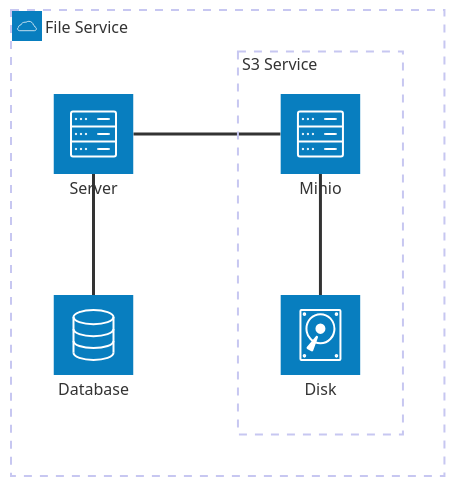
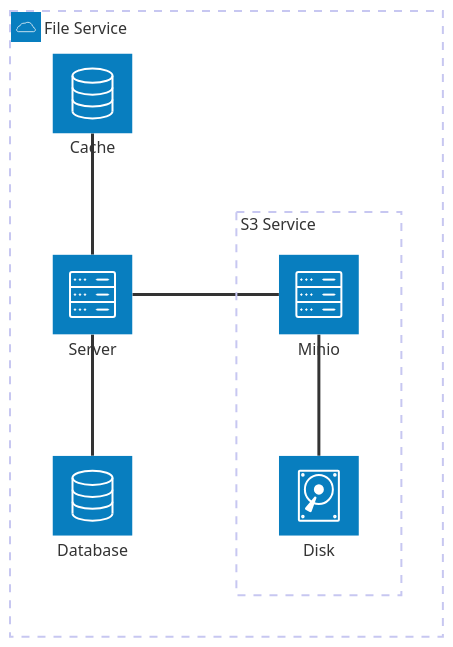
The first of 11 diagrams in README.md (niuiic/file-service), drawn with Mermaid before and after one commit. The commit also changed other lines of this file, not shown here.

````diff
--- a/README.md
+++ b/README.md
@@ -23,17 +43,19 @@
 ```mermaid
 architecture-beta
     %% file_service
     group file_service(cloud)[File Service]
     service server(server)[Server] in file_service
     service database(database)[Database] in file_service
+    service cache(database)[Cache] in file_service
 
     server:B -- T:database
+    server:T -- B:cache
     server:R -- L:minio
 
     %% s3_service
     group s3_service[S3 Service] in file_service
     service minio(server)[Minio] in s3_service
     service disk(disk)[Disk] in s3_service
 
     minio:B -- T:disk
 ```
````
